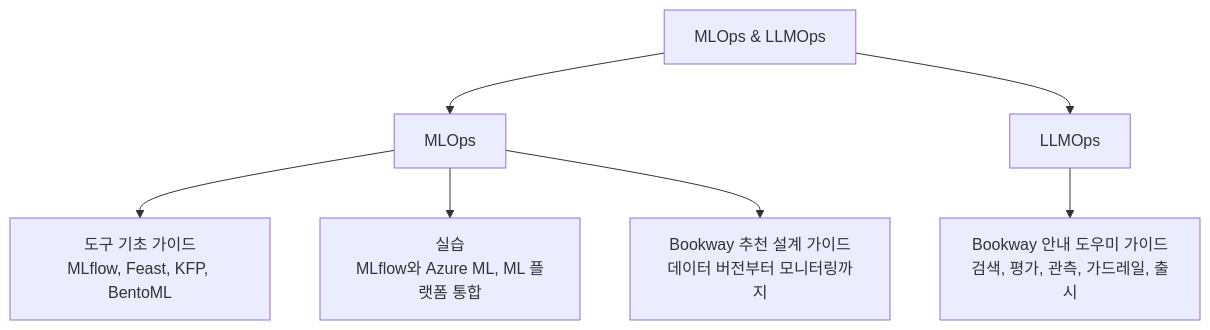
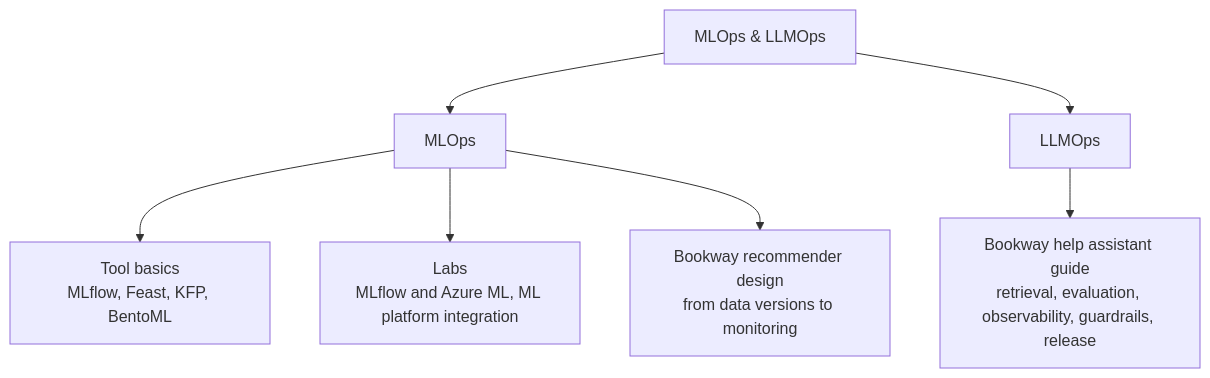
One commit to johklo/johklo.github.io changed the diagram in content/docs/tech/ops/_index.md. Above: the diagram before and after it, drawn with Mermaid. The commit also changed other lines of this file and 20 other files, not shown here.

````diff
--- a/content/docs/tech/ops/_index.md
+++ b/content/docs/tech/ops/_index.md
@@ -20,11 +20,11 @@
 ```mermaid
 flowchart TD
-    accTitle: MLOps & LLMOps 섹션 구성
-    accDescr: 상위 섹션 아래 MLOps와 LLMOps가 있다. MLOps에는 도구 기초, 실습, Bookway 설계 가이드, LLMOps에는 Bookway 안내 도우미 도구 가이드가 있다.
+    accTitle: MLOps & LLMOps section map
+    accDescr: MLOps and LLMOps sit under the parent section. MLOps holds tool basics, labs and the Bookway design guide; LLMOps holds the Bookway help assistant guide.
     R["MLOps & LLMOps"] --> M["MLOps"]
     R --> L["LLMOps"]
-    M --> MB["도구 기초 가이드<br/>MLflow, Feast, KFP, BentoML"]
-    M --> ML["실습<br/>MLflow와 Azure ML, ML 플랫폼 통합"]
-    M --> MD["Bookway 추천 설계 가이드<br/>데이터 버전부터 모니터링까지"]
-    L --> LD["Bookway 안내 도우미 가이드<br/>검색, 평가, 관측, 가드레일, 출시"]
+    M --> MB["Tool basics<br/>MLflow, Feast, KFP, BentoML"]
+    M --> ML["Labs<br/>MLflow and Azure ML, ML platform integration"]
+    M --> MD["Bookway recommender design<br/>from data versions to monitoring"]
+    L --> LD["Bookway help assistant guide<br/>retrieval, evaluation, observability, guardrails, release"]
 ```
````
